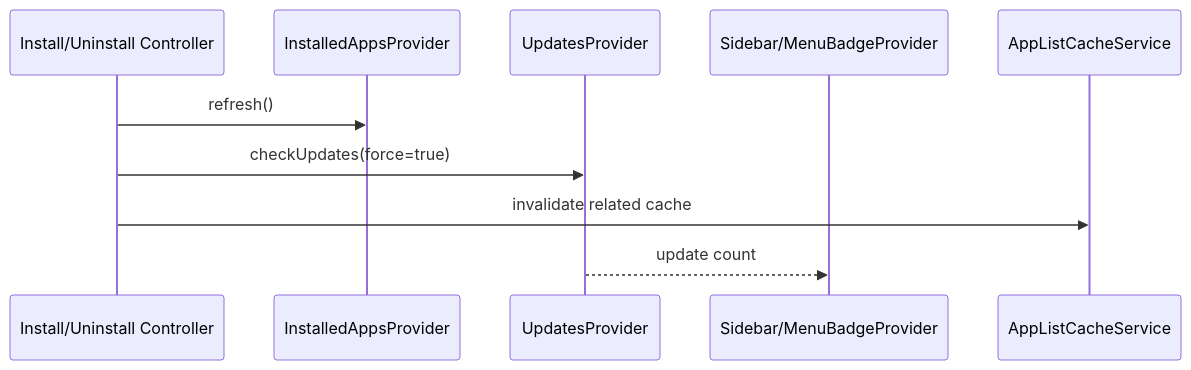
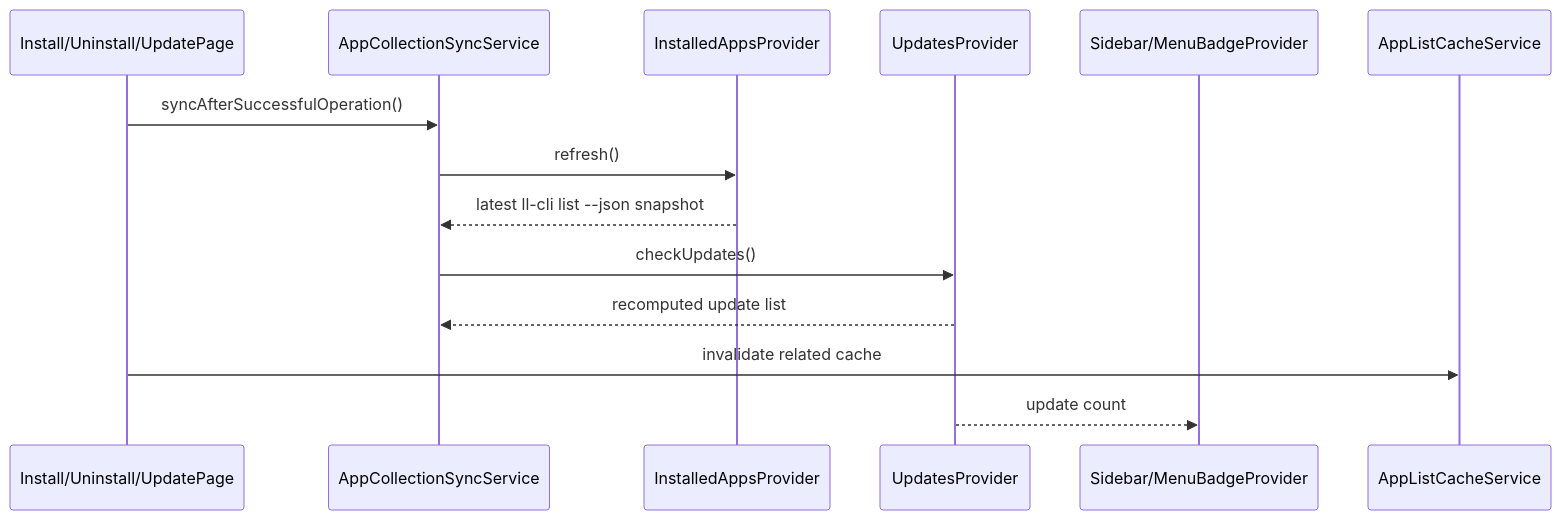
Diagram 14 of 16 in docs/07-runtime-sequence-and-state-diagrams.md (HanHan666666/flutter-linglong-store), drawn with Mermaid before and after one commit. The commit also changed other lines of this file and 3 other files, not shown here.

````diff
--- a/docs/07-runtime-sequence-and-state-diagrams.md
+++ b/docs/07-runtime-sequence-and-state-diagrams.md
@@ -555,13 +555,17 @@
 ```mermaid
 sequenceDiagram
-    participant Action as Install/Uninstall Controller
+    participant Action as Install/Uninstall/UpdatePage
+    participant Sync as AppCollectionSyncService
     participant Installed as InstalledAppsProvider
     participant Updates as UpdatesProvider
     participant Menu as Sidebar/MenuBadgeProvider
     participant Cache as AppListCacheService
 
-    Action->>Installed: refresh()
-    Action->>Updates: checkUpdates(force=true)
+    Action->>Sync: syncAfterSuccessfulOperation()
+    Sync->>Installed: refresh()
+    Installed-->>Sync: latest ll-cli list --json snapshot
+    Sync->>Updates: checkUpdates()
+    Updates-->>Sync: recomputed update list
     Action->>Cache: invalidate related cache
     Updates-->>Menu: update count
 ```
````
